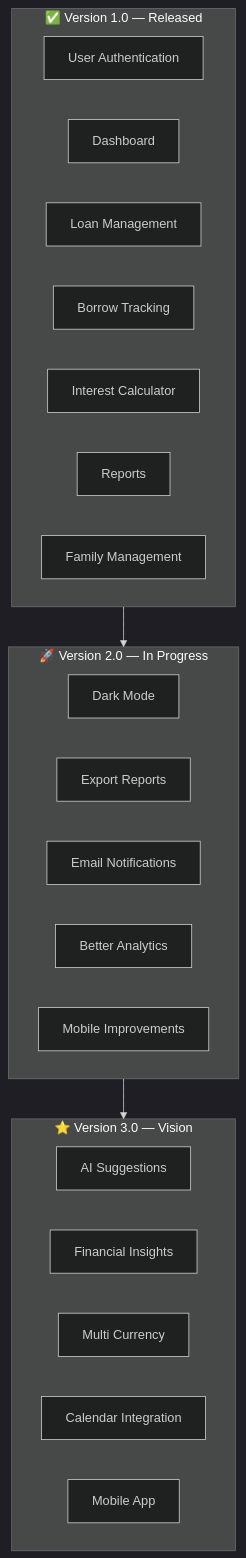
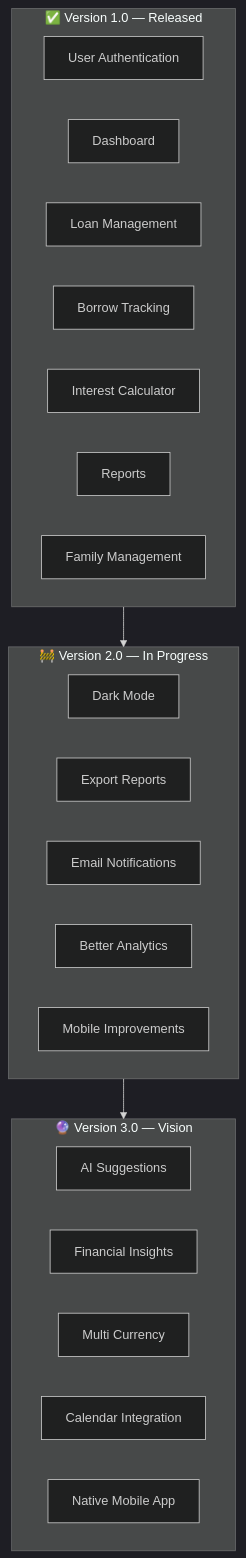
The fourth of 4 diagrams in README.md (BoobeshPalanisamy0612/LendTrack), drawn with Mermaid (dark theme) before and after one commit. The commit also changed other lines of this file, not shown here.

````diff
--- a/README.md
+++ b/README.md
@@ -712,30 +895,30 @@
 ```mermaid
 flowchart TD
     subgraph v1["✅ Version 1.0 — Released"]
         A1[User Authentication]
         A2[Dashboard]
         A3[Loan Management]
         A4[Borrow Tracking]
         A5[Interest Calculator]
         A6[Reports]
         A7[Family Management]
     end
 
-    subgraph v2["🚀 Version 2.0 — In Progress"]
+    subgraph v2["🚧 Version 2.0 — In Progress"]
         B1[Dark Mode]
         B2[Export Reports]
         B3[Email Notifications]
         B4[Better Analytics]
         B5[Mobile Improvements]
     end
 
-    subgraph v3["⭐ Version 3.0 — Vision"]
+    subgraph v3["🔮 Version 3.0 — Vision"]
         C1[AI Suggestions]
         C2[Financial Insights]
         C3[Multi Currency]
         C4[Calendar Integration]
-        C5[Mobile App]
+        C5[Native Mobile App]
     end
 
     v1 --> v2 --> v3
 ```
````
